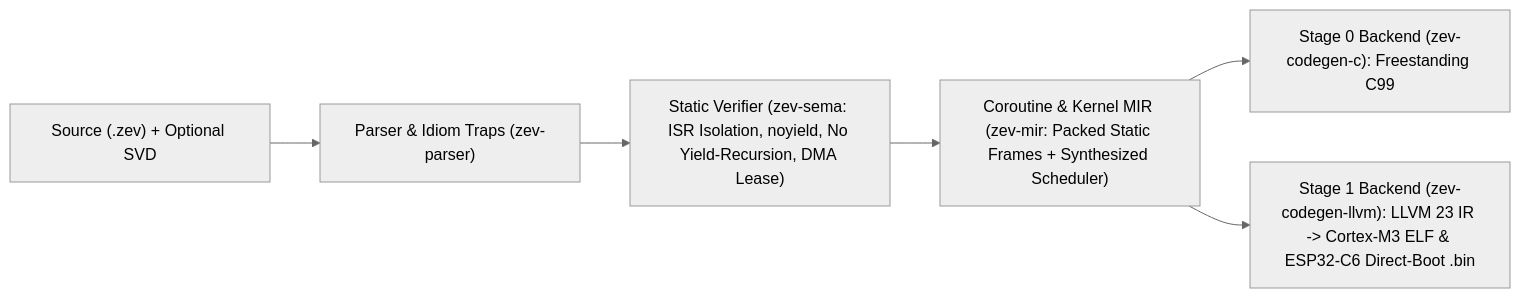
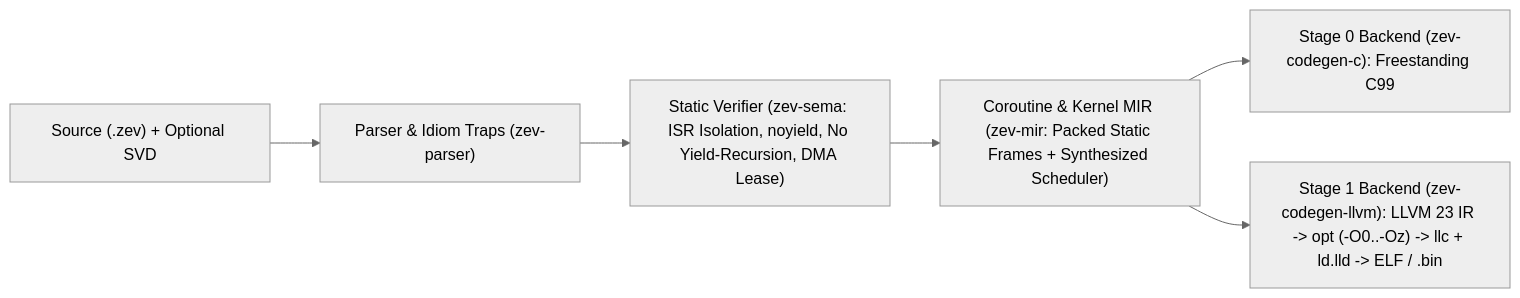
Before and after one commit to outlookhazy/zev: the diagram in DESIGN_V0.md, drawn with Mermaid (neutral theme). The commit also changed other lines of this file and 33 other files, not shown here.

````diff
--- a/DESIGN_V0.md
+++ b/DESIGN_V0.md
@@ -65,8 +160,8 @@
 ```mermaid
 flowchart LR
     Src["Source (.zev) + Optional SVD"] --> Front["Parser & Idiom Traps (zev-parser)"]
     Front --> Verifier["Static Verifier (zev-sema: ISR Isolation, noyield, No Yield-Recursion, DMA Lease)"]
     Verifier --> MIR["Coroutine & Kernel MIR (zev-mir: Packed Static Frames + Synthesized Scheduler)"]
     MIR --> C99["Stage 0 Backend (zev-codegen-c): Freestanding C99"]
-    MIR --> LLVM["Stage 1 Backend (zev-codegen-llvm): LLVM 23 IR -> Cortex-M3 ELF & ESP32-C6 Direct-Boot .bin"]
+    MIR --> LLVM["Stage 1 Backend (zev-codegen-llvm): LLVM 23 IR -> opt (-O0..-Oz) -> llc + ld.lld -> ELF / .bin"]
 ```
````
